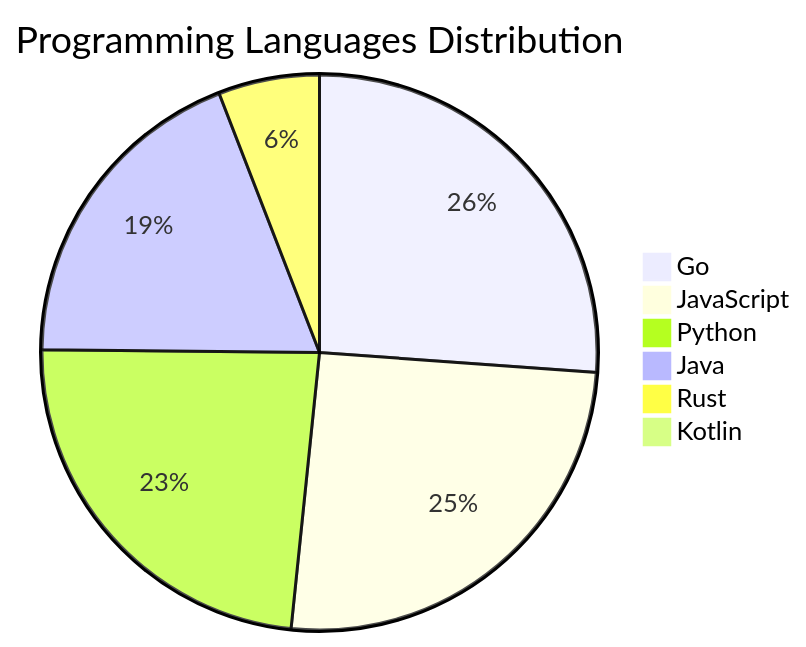
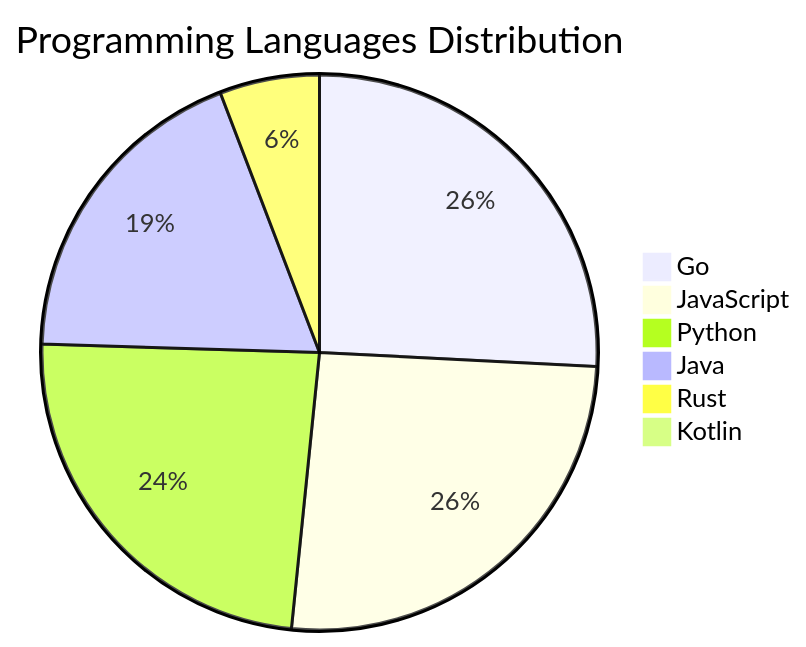
The diagram in README.md (Derrick-MUGISHA/github-activity-bot), drawn with Mermaid before and after one commit. The commit also changed other lines of this file and 4 other files, not shown here.

````diff
--- a/README.md
+++ b/README.md
@@ -206,9 +206,9 @@
 ```mermaid
 pie title Programming Languages Distribution
     "Go" : 40
-    "JavaScript" : 39
-    "Python" : 36
+    "JavaScript" : 40
+    "Python" : 37
     "Java" : 29
     "Rust" : 9
     "Kotlin" : 1
 ```
````
